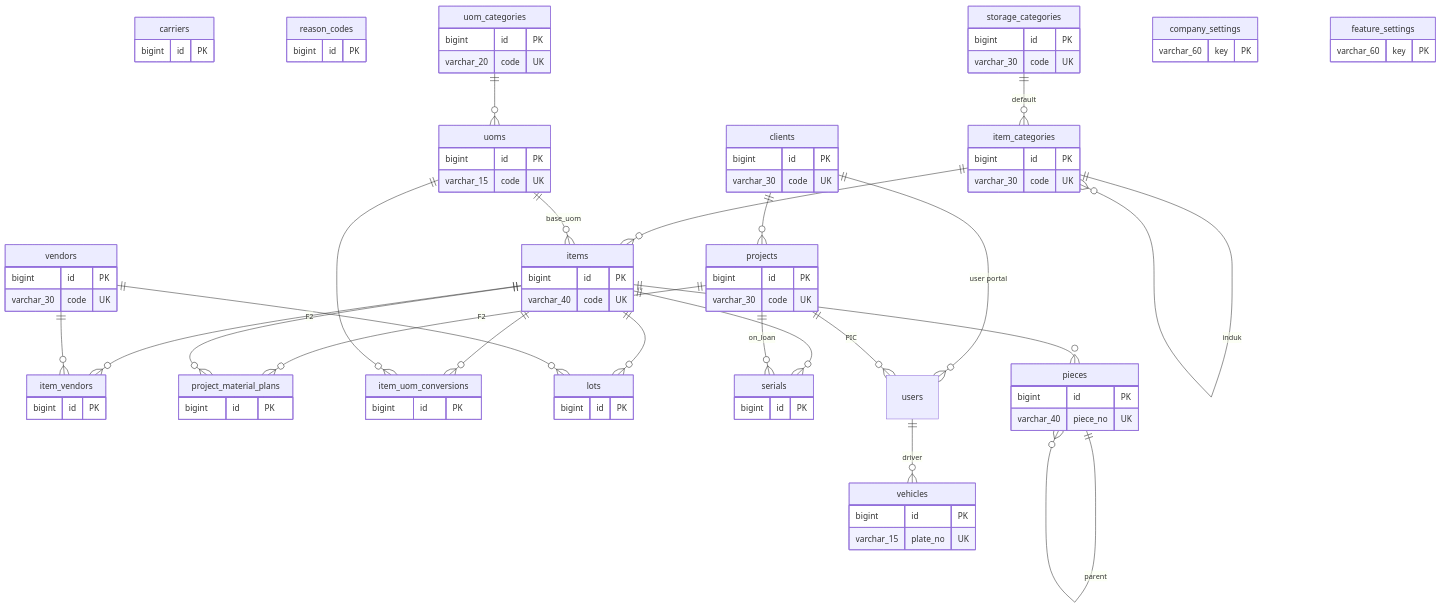
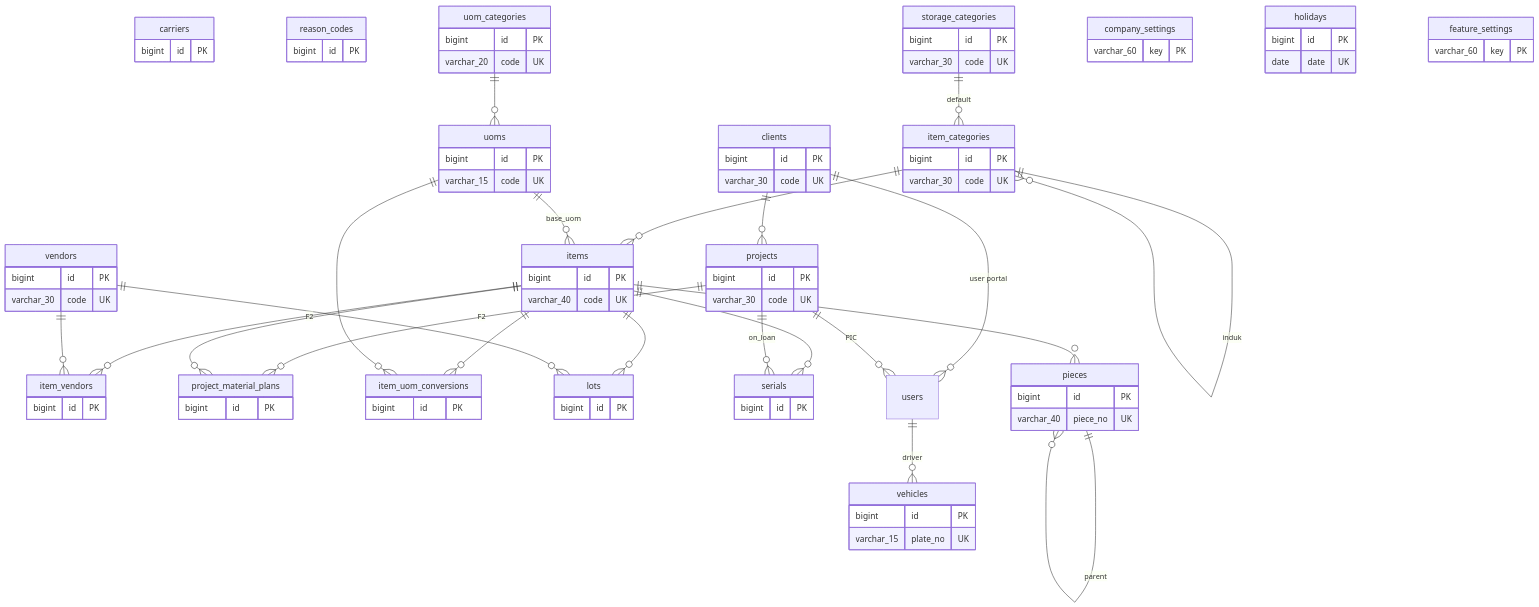
The third of 4 diagrams in docs/wms/08a-model-data-inti.md (HengkyDarmawan/wms), drawn with Mermaid before and after one commit. The commit also changed other lines of this file and 53 other files, not shown here.

First line of the commit message:
Dokumen: asumsi A-287–A-310, katalog, aturan, glosarium, ERD, spesifikasi, changelog v0.72–v0.75

```diff
--- a/docs/wms/08a-model-data-inti.md
+++ b/docs/wms/08a-model-data-inti.md
@@ -299,6 +299,10 @@
   company_settings {
     varchar_60 key PK
   }
+  holidays {
+    bigint id PK
+    date date UK
+  }
   feature_settings {
     varchar_60 key PK
   }
```
